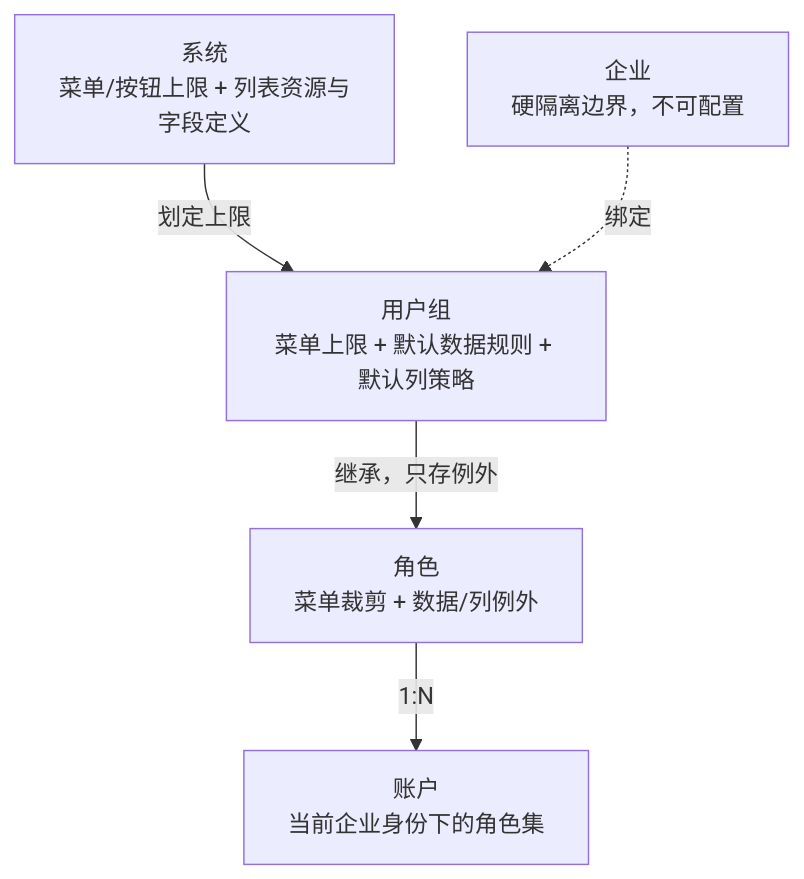
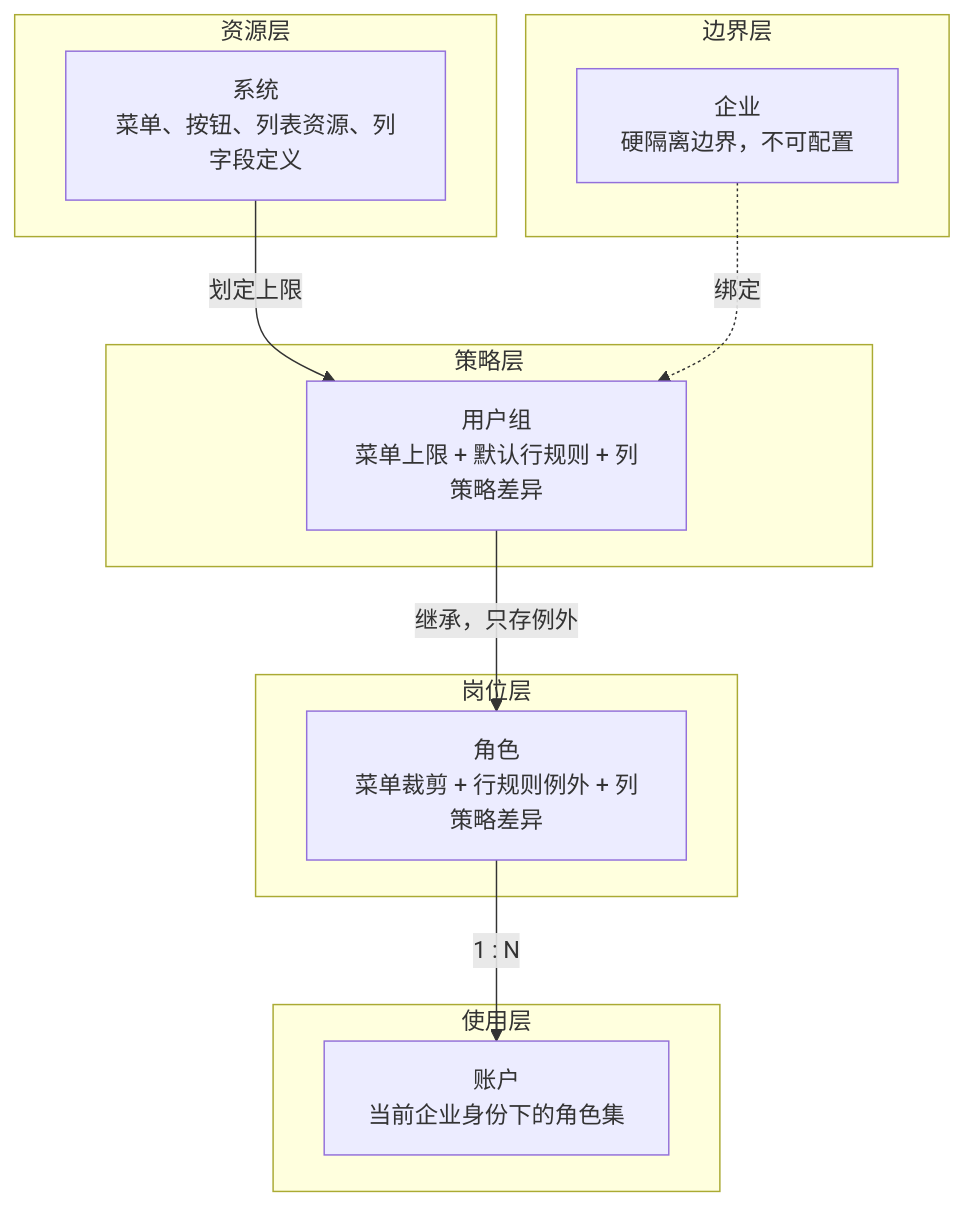
The fourth of 22 diagrams in private/qianrong_权限系统产品设计与数据权限过滤全景方案.md (duuu233/project-hub), drawn with Mermaid before and after one commit. The commit also changed other lines of this file and 1 other file, not shown here.

Commit message:
qianrong权限全景方案按产品设计文档重排：补流程图、时序图、状态机与页面线框

````diff
--- a/private/qianrong_权限系统产品设计与数据权限过滤全景方案.md
+++ b/private/qianrong_权限系统产品设计与数据权限过滤全景方案.md
@@ -59,7 +128,22 @@
 ```mermaid
 flowchart TD
-    SYS[系统<br/>菜单/按钮上限 + 列表资源与字段定义] -->|划定上限| UG
-    ENT[企业<br/>硬隔离边界，不可配置] -.绑定.-> UG
-    UG[用户组<br/>菜单上限 + 默认数据规则 + 默认列策略] -->|继承，只存例外| ROLE
-    ROLE[角色<br/>菜单裁剪 + 数据/列例外] -->|1:N| USER[账户<br/>当前企业身份下的角色集]
+    subgraph 资源层
+        SYS["系统<br/>菜单、按钮、列表资源、列字段定义"]
+    end
+    subgraph 边界层
+        ENT["企业<br/>硬隔离边界，不可配置"]
+    end
+    subgraph 策略层
+        UG["用户组<br/>菜单上限 + 默认行规则 + 列策略差异"]
+    end
+    subgraph 岗位层
+        ROLE["角色<br/>菜单裁剪 + 行规则例外 + 列策略差异"]
+    end
+    subgraph 使用层
+        USER["账户<br/>当前企业身份下的角色集"]
+    end
+    SYS -->|"划定上限"| UG
+    ENT -.->|"绑定"| UG
+    UG -->|"继承，只存例外"| ROLE
+    ROLE -->|"1 : N"| USER
 ```
````
